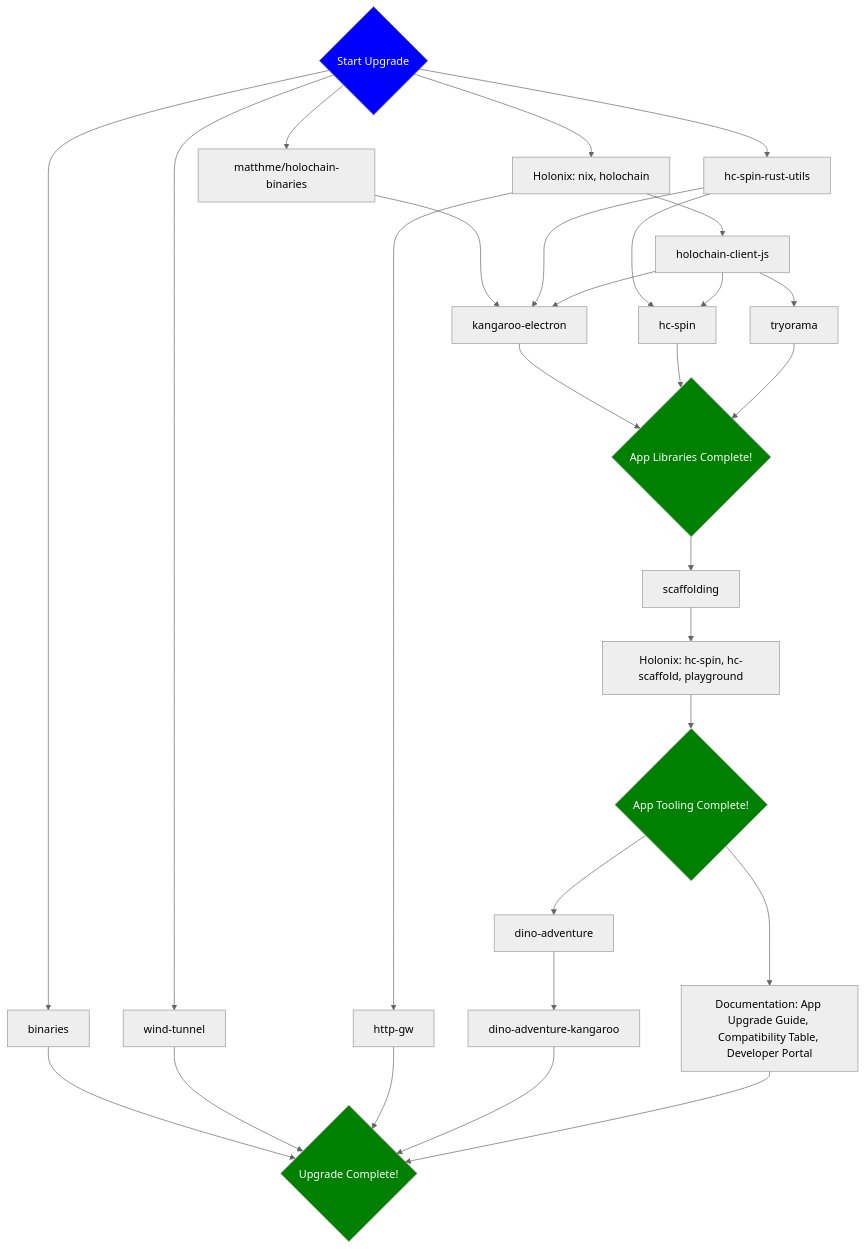
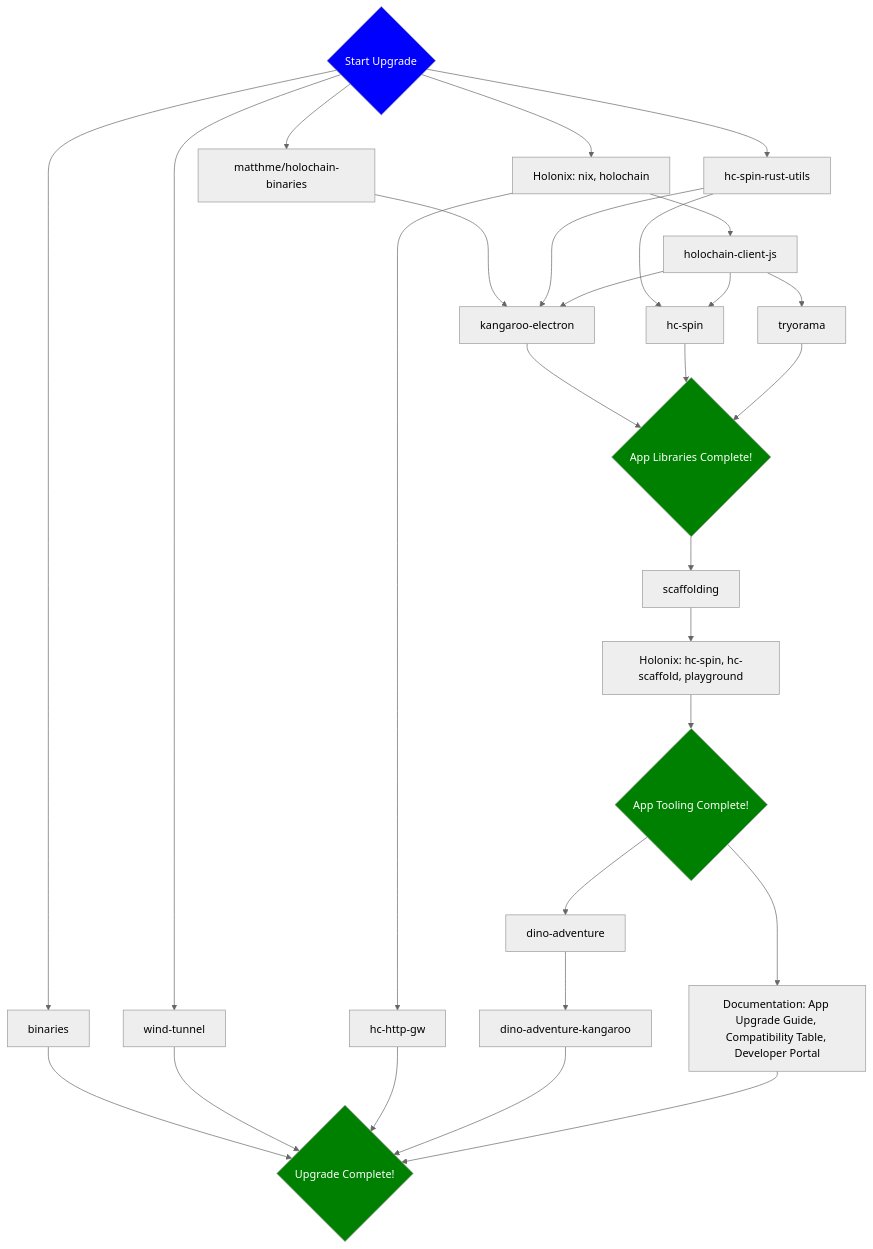
Before and after one commit to holochain/holochain: the diagram in .github/ISSUE_TEMPLATE/release_checklist.md, drawn with Mermaid (neutral theme). The commit also changed other lines of this file, not shown here.

Commit message:
docs: add step for hc-http-gw

````diff
--- a/.github/ISSUE_TEMPLATE/release_checklist.md
+++ b/.github/ISSUE_TEMPLATE/release_checklist.md
@@ -10,76 +10,76 @@
 ```mermaid
 flowchart TB
     %% Start flow
     Start{Start Upgrade}
 
     Start --> Binaries[binaries]
     Start --> WindTunnel[wind-tunnel]
     Start --> MatthmeBinaries[matthme/holochain-binaries]
     Start --> Holonix1[Holonix: nix, holochain]
     Start --> HcSpinRustUtils[hc-spin-rust-utils]
 
     %% binaries
     Binaries --> Complete
 
     %% wind-tunnel
     WindTunnel --> Complete
 
     %% matthme binaries
     MatthmeBinaries ---> Kangaroo[kangaroo-electron]
 
     %% hc-spin-rust-utils
     HcSpinRustUtils --> Kangaroo
     HcSpinRustUtils ---> HcSpin
 
     %% kangaroo
     Kangaroo --> AppLibsComplete
 
     %% holonix
     Holonix1 --> JSClient[holochain-client-js]
-    Holonix1 --> HttpGw[http-gw]
+    Holonix1 --> HttpGw[hc-http-gw]
 
-    %% http-gw
+    %% hc-http-gw
     HttpGw --> Complete
 
     %% holochain-client-js
     JSClient --> Tryorama[tryorama]
     JSClient --> HcSpin[hc-spin]
     JSClient --> Kangaroo
 
     %% hc-spin
     HcSpin --> AppLibsComplete
 
     %% tryorama
     Tryorama --> AppLibsComplete
 
     %% app libraries complete
     AppLibsComplete{App Libraries Complete!}
     AppLibsComplete --> Scaffold[scaffolding]
 
     %% scaffold
     Scaffold --> Holonix2[Holonix: hc-spin, hc-scaffold, playground]
     
     %% holonix (again)
     Holonix2 --> AppToolsComplete{App Tooling Complete!}
 
     %% app tools complete
     AppToolsComplete --> DinoAdventure[dino-adventure]
     AppToolsComplete --> Documentation[Documentation: App Upgrade Guide, Compatibility Table, Developer Portal]
 
     %% dino-adventure
     DinoAdventure --> DinoKangaroo[dino-adventure-kangaroo]
 
     %% dino-adventure-kangaroo
     DinoKangaroo --> Complete
 
     %% documentation
     Documentation --> Complete
 
     Complete{Upgrade Complete!}
 
     %% styling 
     style Start fill:blue,color:white
     style Complete fill:green,color:white
     style AppLibsComplete fill:green,color:white
     style AppToolsComplete fill:green,color:white
 ```
````
